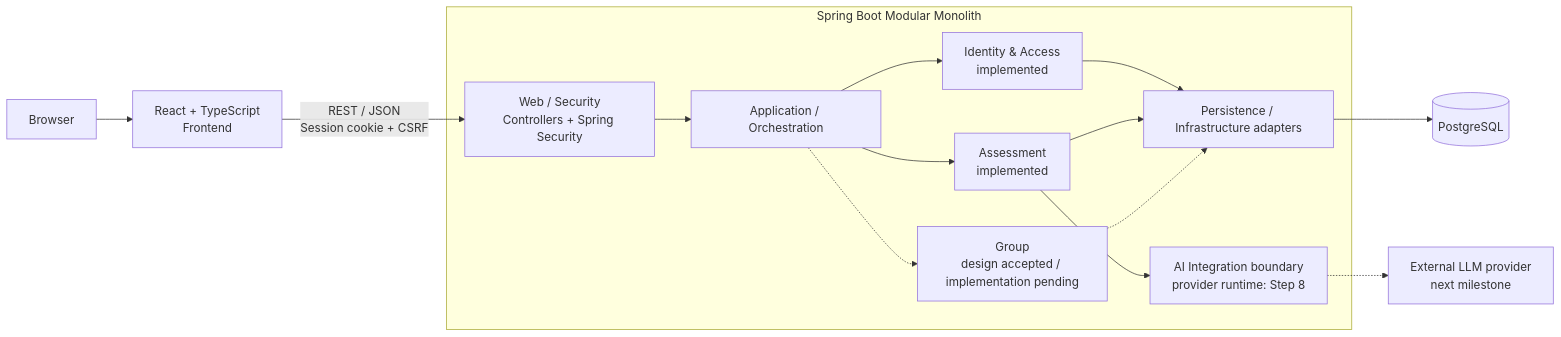
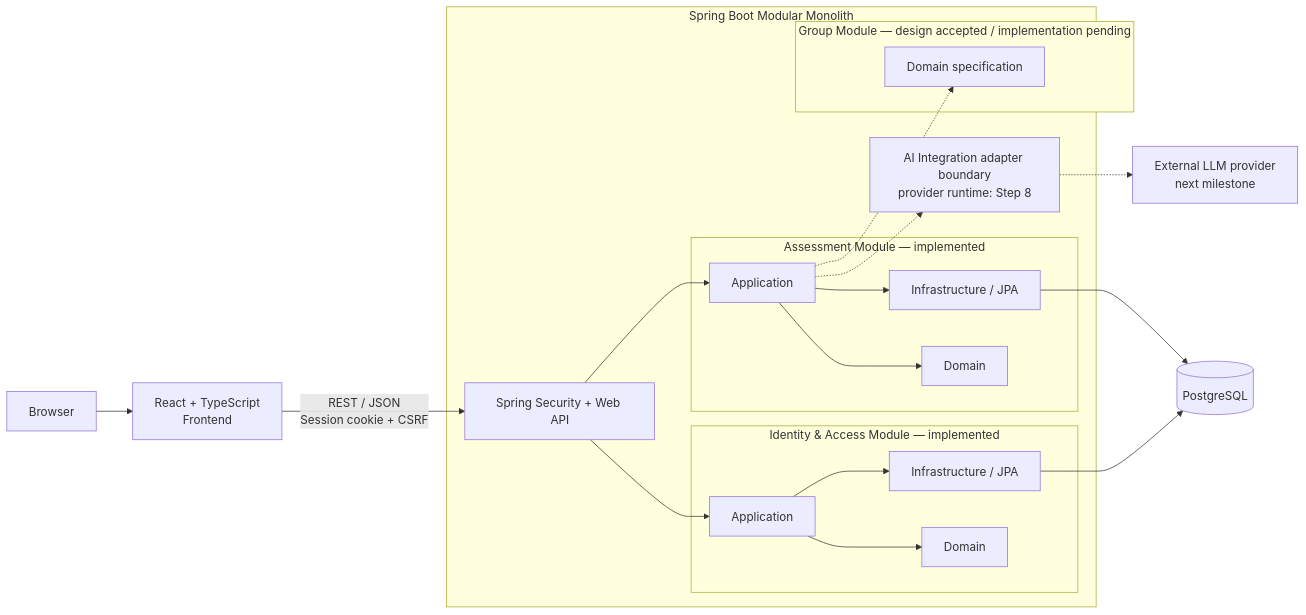
One commit to chen980729/aws-spring-personality-test changed the first of 4 diagrams in README.ja.md. Above: the diagram before and after it, drawn with Mermaid. The commit also changed other lines of this file, not shown here.

Commit message:
docs: refine Japanese architecture and backend flow

````diff
--- a/README.ja.md
+++ b/README.ja.md
@@ -64,27 +64,40 @@
 ```mermaid
 flowchart LR
     Browser["Browser"] --> React["React + TypeScript<br/>Frontend"]
-    React -->|"REST / JSON<br/>Session cookie + CSRF"| Web
+    React -->|"REST / JSON<br/>Session cookie + CSRF"| Web["Spring Security + Web API"]
 
     subgraph Backend["Spring Boot Modular Monolith"]
-        Web["Web / Security<br/>Controllers + Spring Security"]
-        App["Application / Orchestration"]
-        Identity["Identity & Access<br/>implemented"]
-        Assessment["Assessment<br/>implemented"]
-        Group["Group<br/>design accepted / implementation pending"]
-        AI["AI Integration boundary<br/>provider runtime: Step 8"]
-        Infra["Persistence / Infrastructure adapters"]
+        Web
 
-        Web --> App
-        App --> Identity
-        App --> Assessment
-        App -.-> Group
-        Assessment --> AI
-        Identity --> Infra
-        Assessment --> Infra
-        Group -.-> Infra
+        subgraph Identity["Identity & Access Module — implemented"]
+            IApp["Application"]
+            IDomain["Domain"]
+            IInfra["Infrastructure / JPA"]
+            IApp --> IDomain
+            IApp --> IInfra
+        end
+
+        subgraph Assessment["Assessment Module — implemented"]
+            AApp["Application"]
+            ADomain["Domain"]
+            AInfra["Infrastructure / JPA"]
+            AApp --> ADomain
+            AApp --> AInfra
+        end
+
+        subgraph Group["Group Module — design accepted / implementation pending"]
+            GDomain["Domain specification"]
+        end
+
+        AI["AI Integration adapter boundary<br/>provider runtime: Step 8"]
+
+        Web --> IApp
+        Web --> AApp
+        AApp -.-> AI
+        AApp -.-> GDomain
     end
 
-    Infra --> PostgreSQL[("PostgreSQL")]
+    IInfra --> PostgreSQL[("PostgreSQL")]
+    AInfra --> PostgreSQL
     AI -.-> Provider["External LLM provider<br/>next milestone"]
 ```
````
